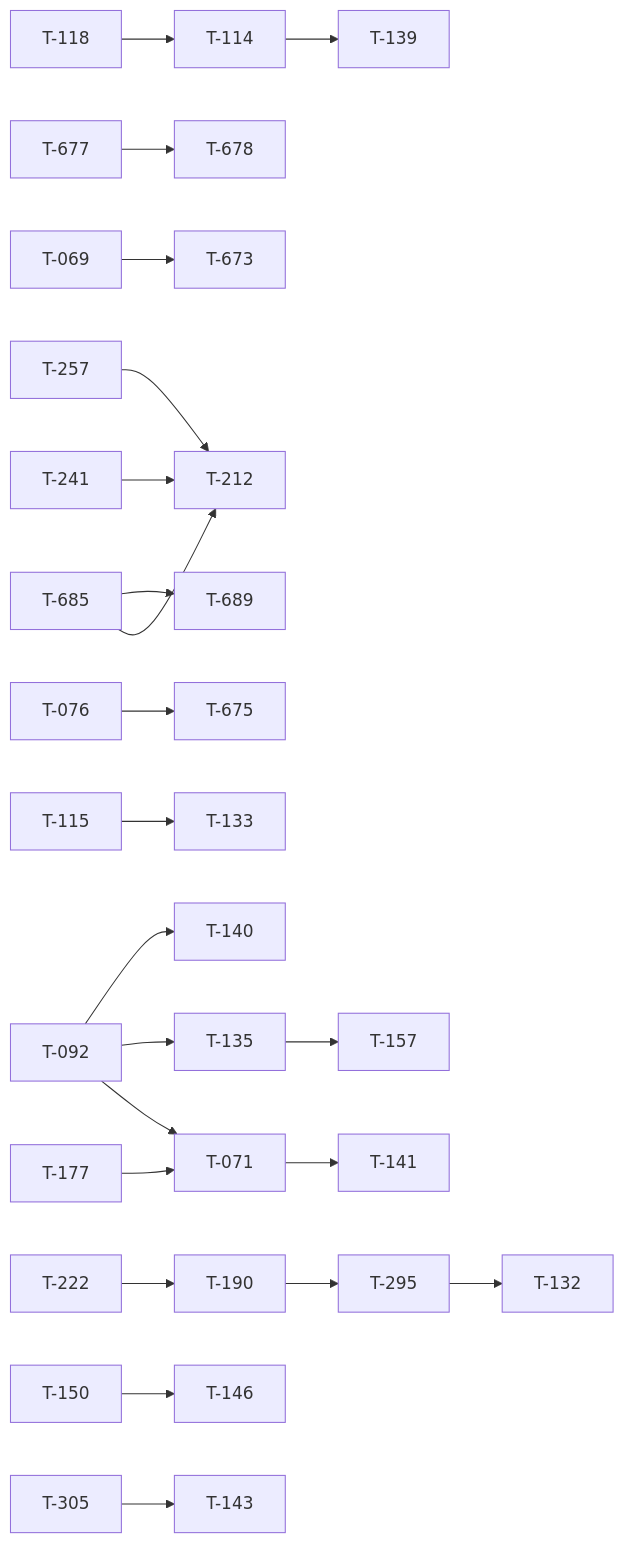
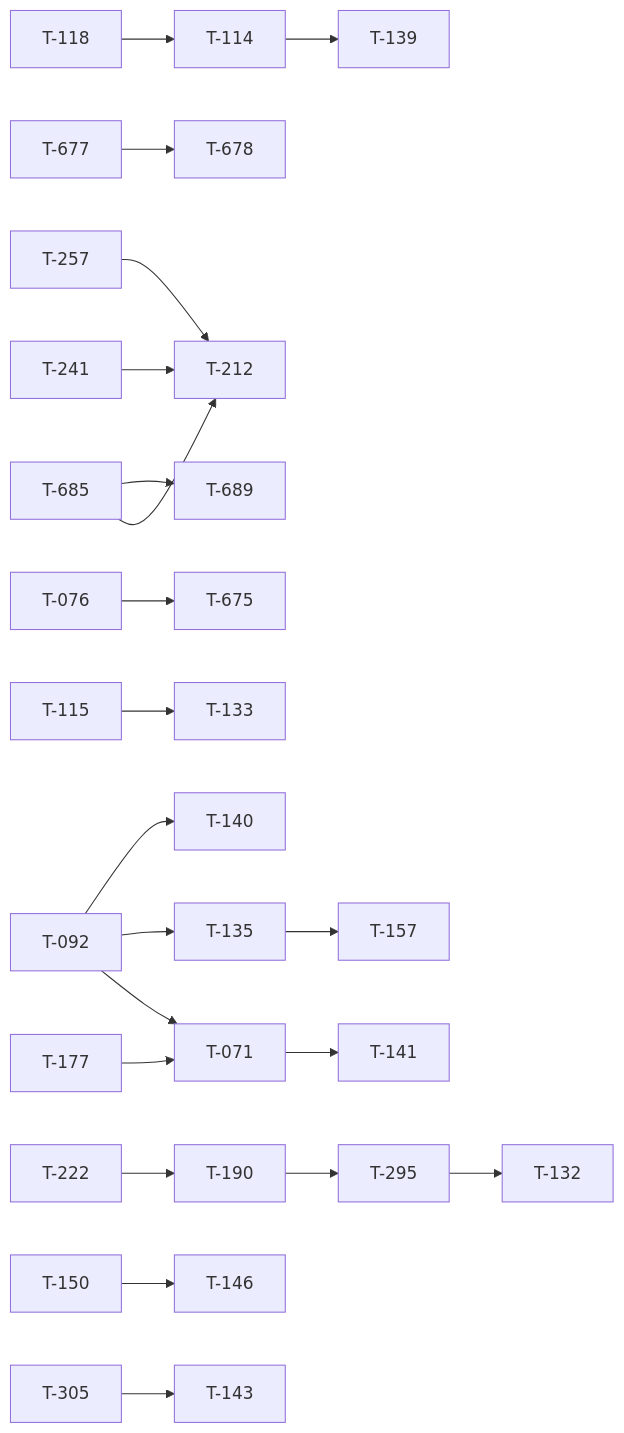
One commit to darkforce09/TBD-reforger changed the diagram in docs/TICKET_LEAD.md. Above: the diagram before and after it, drawn with Mermaid. The commit also changed other lines of this file and 12 other files, not shown here.

````diff
--- a/docs/TICKET_LEAD.md
+++ b/docs/TICKET_LEAD.md
@@ -109,24 +108,23 @@
 ```mermaid
 flowchart LR
   T092[T-092] --> T071[T-071]
   T177[T-177] --> T071[T-071]
   T118[T-118] --> T114[T-114]
   T677[T-677] --> T678[T-678]
-  T069[T-069] --> T673[T-673]
   T685[T-685] --> T212[T-212]
   T241[T-241] --> T212[T-212]
   T257[T-257] --> T212[T-212]
   T685[T-685] --> T689[T-689]
   T076[T-076] --> T675[T-675]
   T115[T-115] --> T133[T-133]
   T114[T-114] --> T139[T-139]
   T222[T-222] --> T190[T-190]
   T135[T-135] --> T157[T-157]
   T071[T-071] --> T141[T-141]
   T150[T-150] --> T146[T-146]
   T305[T-305] --> T143[T-143]
   T092[T-092] --> T135[T-135]
   T092[T-092] --> T140[T-140]
   T190[T-190] --> T295[T-295]
   T295[T-295] --> T132[T-132]
 ```
````
